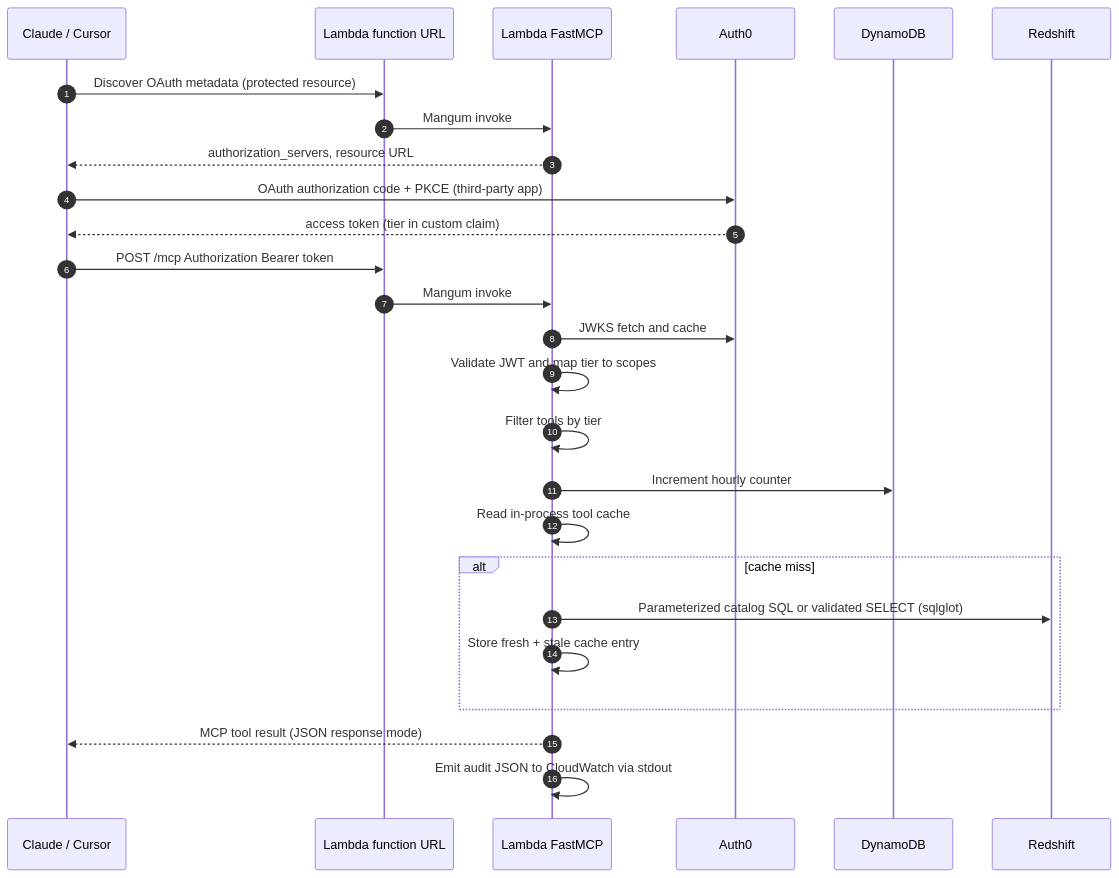
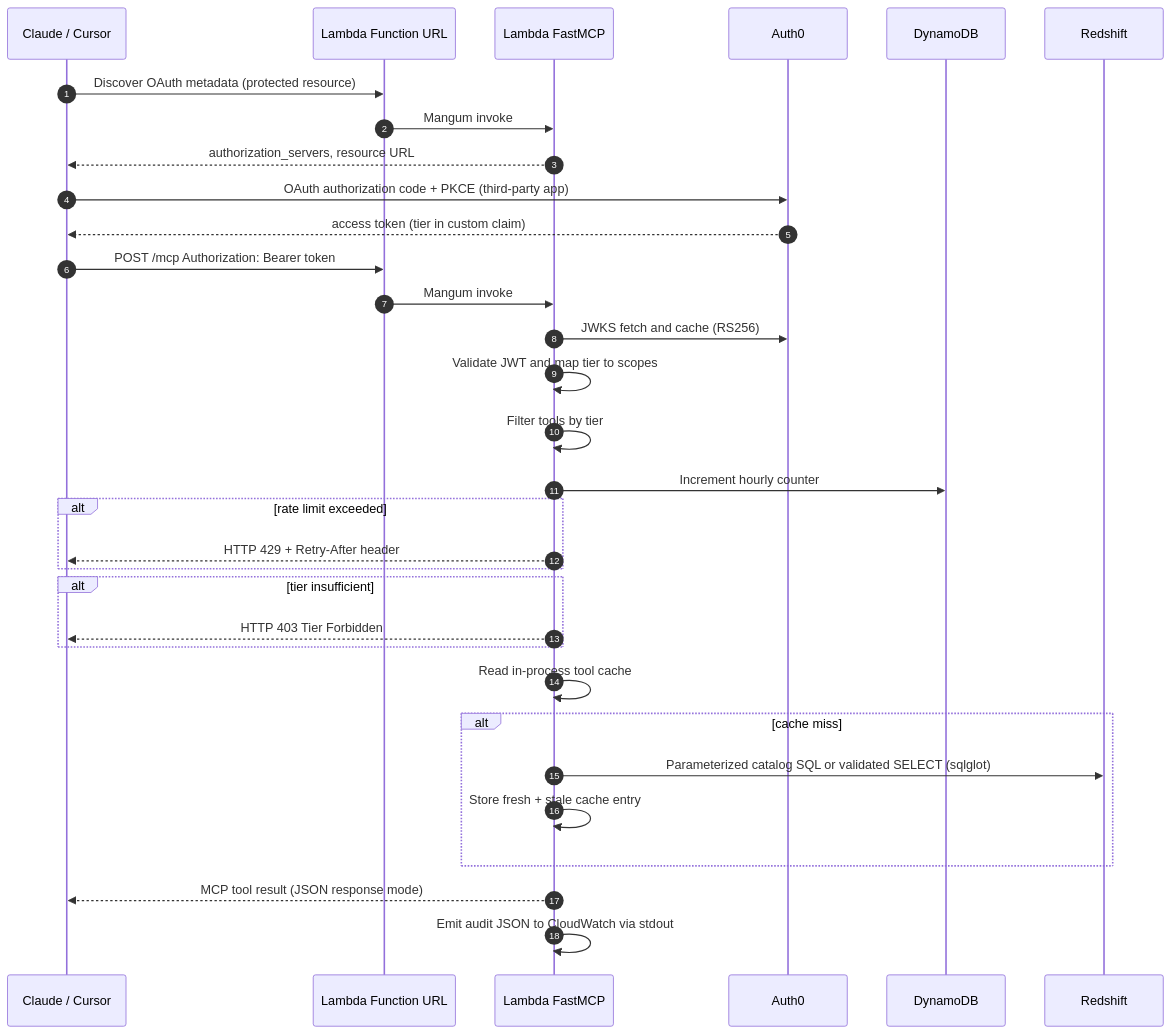
One commit to varunvilva-kickdrum/redshift-mcp changed the second of 3 diagrams in docs/ARCHITECTURE.md. Above: the diagram before and after it, drawn with Mermaid. The commit also changed other lines of this file and 4 other files, not shown here.

Commit message:
Update documentation for Redshift MCP architecture and deployment; enhance README with implementation notes, add demo script, and improve architecture diagrams for clarity.

````diff
--- a/docs/ARCHITECTURE.md
+++ b/docs/ARCHITECTURE.md
@@ -58,29 +77,35 @@
 ```mermaid
 sequenceDiagram
   autonumber
   participant C as Claude / Cursor
-  participant URL as Lambda function URL
+  participant URL as Lambda Function URL
   participant FN as Lambda FastMCP
   participant A0 as Auth0
   participant DDB as DynamoDB
   participant RS as Redshift
 
   C->>URL: Discover OAuth metadata (protected resource)
   URL->>FN: Mangum invoke
   FN-->>C: authorization_servers, resource URL
   C->>A0: OAuth authorization code + PKCE (third-party app)
   A0-->>C: access token (tier in custom claim)
-  C->>URL: POST /mcp Authorization Bearer token
+  C->>URL: POST /mcp  Authorization: Bearer token
   URL->>FN: Mangum invoke
-  FN->>A0: JWKS fetch and cache
+  FN->>A0: JWKS fetch and cache (RS256)
   FN->>FN: Validate JWT and map tier to scopes
   FN->>FN: Filter tools by tier
   FN->>DDB: Increment hourly counter
+  alt rate limit exceeded
+    FN-->>C: HTTP 429 + Retry-After header
+  end
+  alt tier insufficient
+    FN-->>C: HTTP 403 Tier Forbidden
+  end
   FN->>FN: Read in-process tool cache
   alt cache miss
     FN->>RS: Parameterized catalog SQL or validated SELECT (sqlglot)
     FN->>FN: Store fresh + stale cache entry
   end
   FN-->>C: MCP tool result (JSON response mode)
   FN->>FN: Emit audit JSON to CloudWatch via stdout
 ```
````
